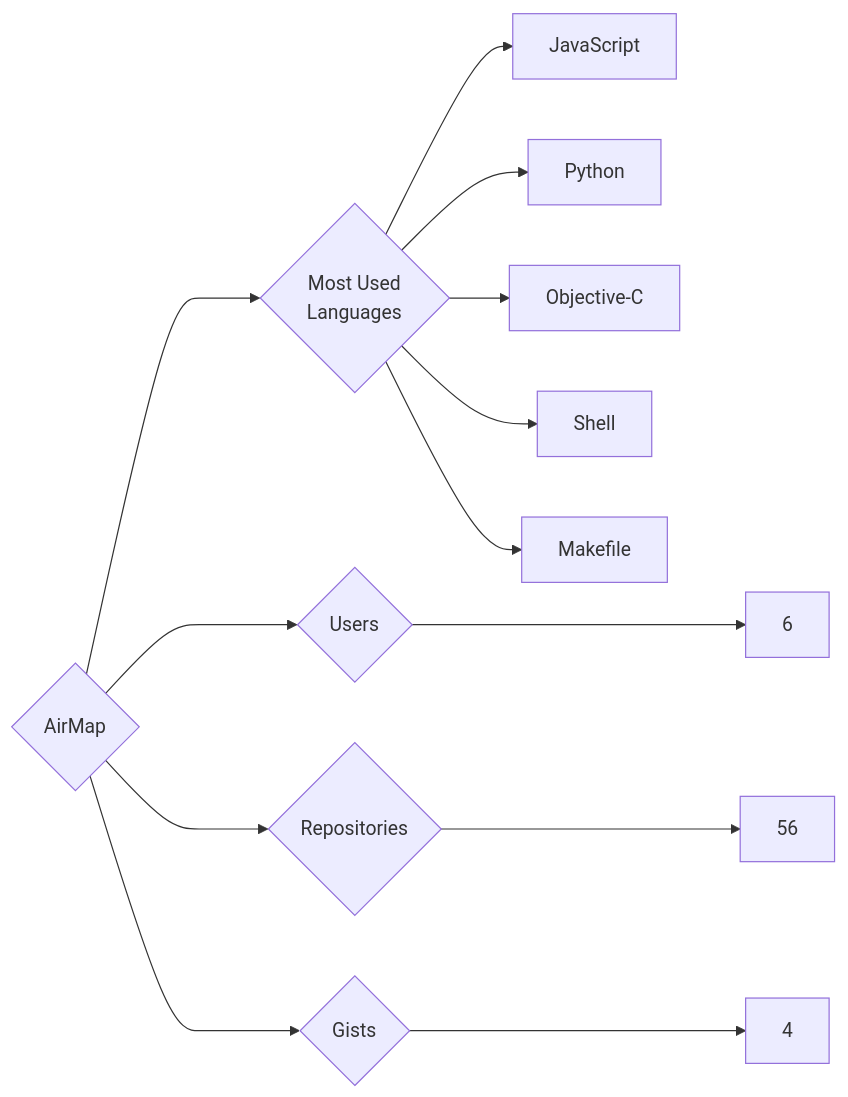
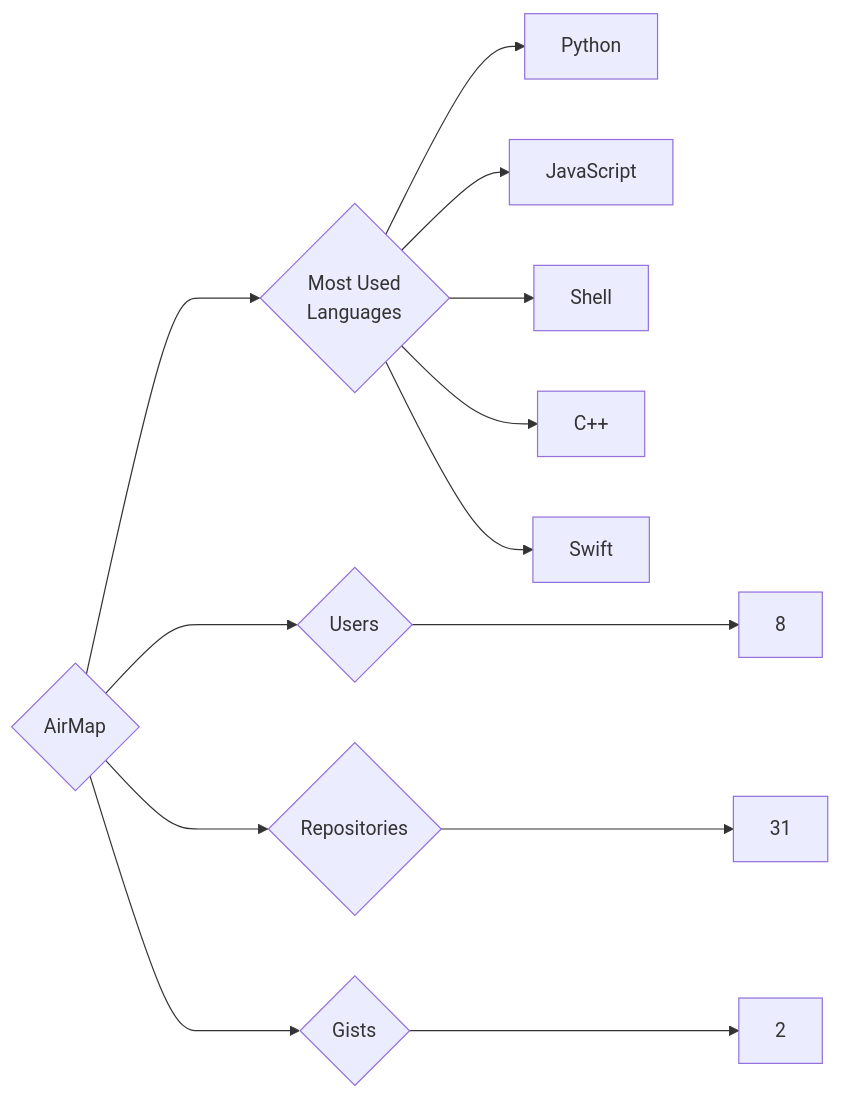
Before and after one commit to trickest/insiders: the diagram in targets/AirMap/README.md, drawn with Mermaid. The commit also changed 1023 other files, not shown here.

````diff
--- a/targets/AirMap/README.md
+++ b/targets/AirMap/README.md
@@ -3,13 +3,13 @@
 ```mermaid
 graph LR
 COMPANY_NAME{AirMap}
-COMPANY_NAME ---> U{Users} ---> UN[6]
-COMPANY_NAME ---> R{Repositories} ---> RN[56]
-COMPANY_NAME ---> G{Gists} ---> GN[4]
+COMPANY_NAME ---> U{Users} ---> UN[8]
+COMPANY_NAME ---> R{Repositories} ---> RN[31]
+COMPANY_NAME ---> G{Gists} ---> GN[2]
 COMPANY_NAME ---> ML{Most Used<br>Languages}
+ML --> Python[Python]
 ML --> JavaScript[JavaScript]
-ML --> Python[Python]
-ML --> Objective-C[Objective-C]
 ML --> Shell[Shell]
-ML --> Makefile[Makefile]
+ML --> C++[C++]
+ML --> Swift[Swift]
 ```
````
